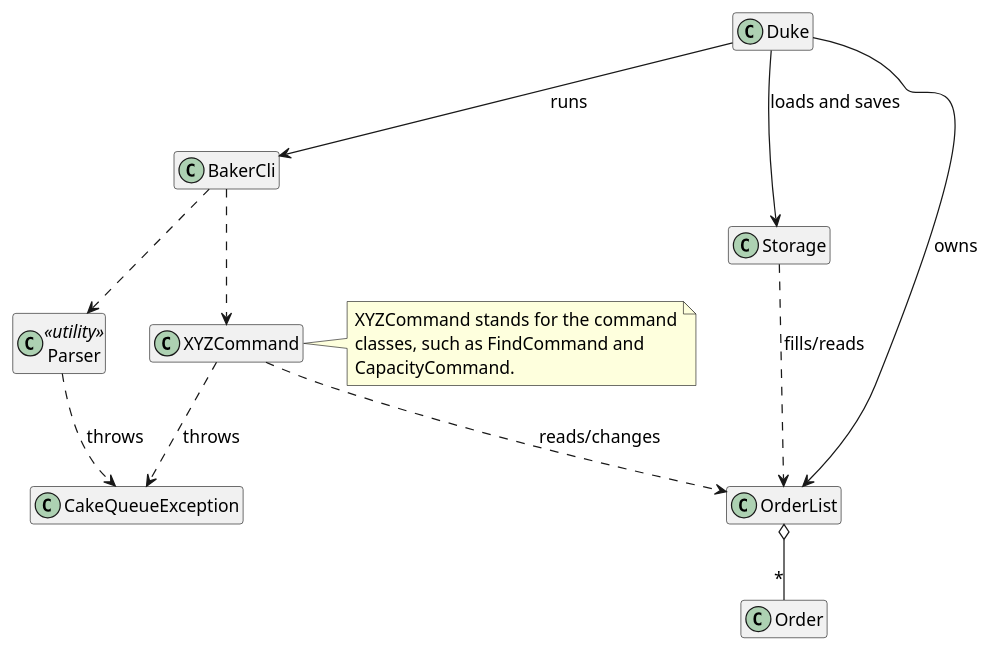
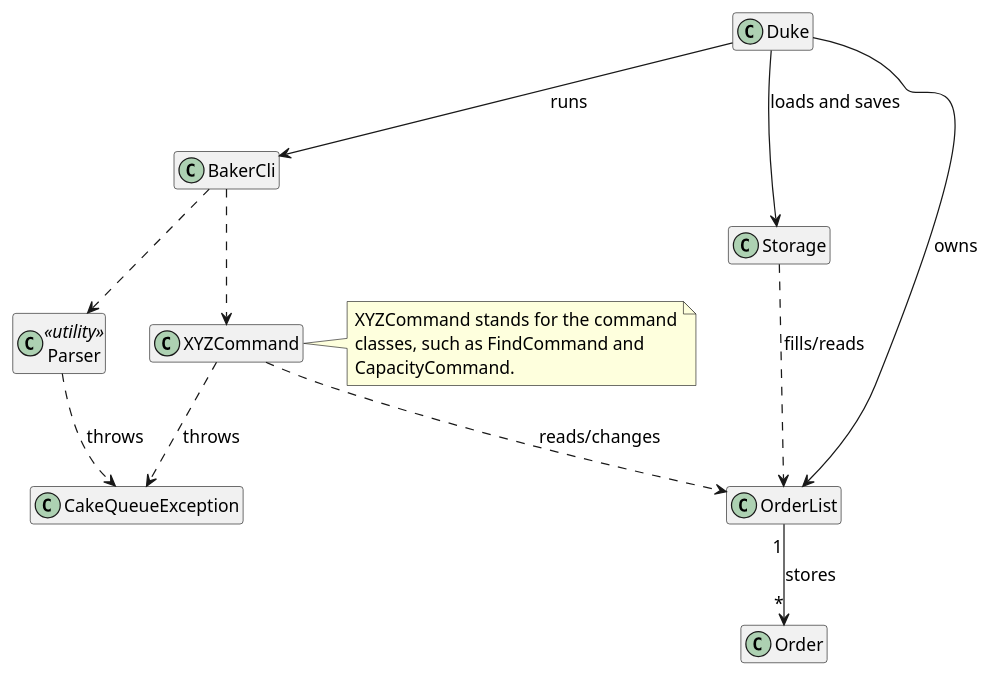
Before and after one commit to AY2627S1-CS2113-W12-1/tp: the diagram in docs/diagrams/ArchitectureOverview.puml, drawn with PlantUML. The commit also changed 31 other files, not shown here.

```diff
--- a/docs/diagrams/ArchitectureOverview.puml
+++ b/docs/diagrams/ArchitectureOverview.puml
@@ -1,34 +1,34 @@
 @startuml
 skinparam classAttributeIconSize 0
 skinparam shadowing false
 skinparam defaultFontSize 14
 hide empty members
 
 class Duke
 class BakerCli
 class Parser <<utility>>
 class "XYZCommand" as Command
 class OrderList
 class Order
 class Storage
 class CakeQueueException
 
 Duke --> BakerCli : runs
 Duke --> Storage : loads and saves
 Duke --> OrderList : owns
 
 BakerCli ..> Parser
 BakerCli ..> Command
 Command ..> OrderList : reads/changes
 Storage ..> OrderList : fills/reads
-OrderList o-- "*" Order
+OrderList "1" --> "*" Order : stores
 
 Parser ..> CakeQueueException : throws
 Command ..> CakeQueueException : throws
 
 note right of Command
   XYZCommand stands for the command
   classes, such as FindCommand and
   CapacityCommand.
 end note
 @enduml
```
